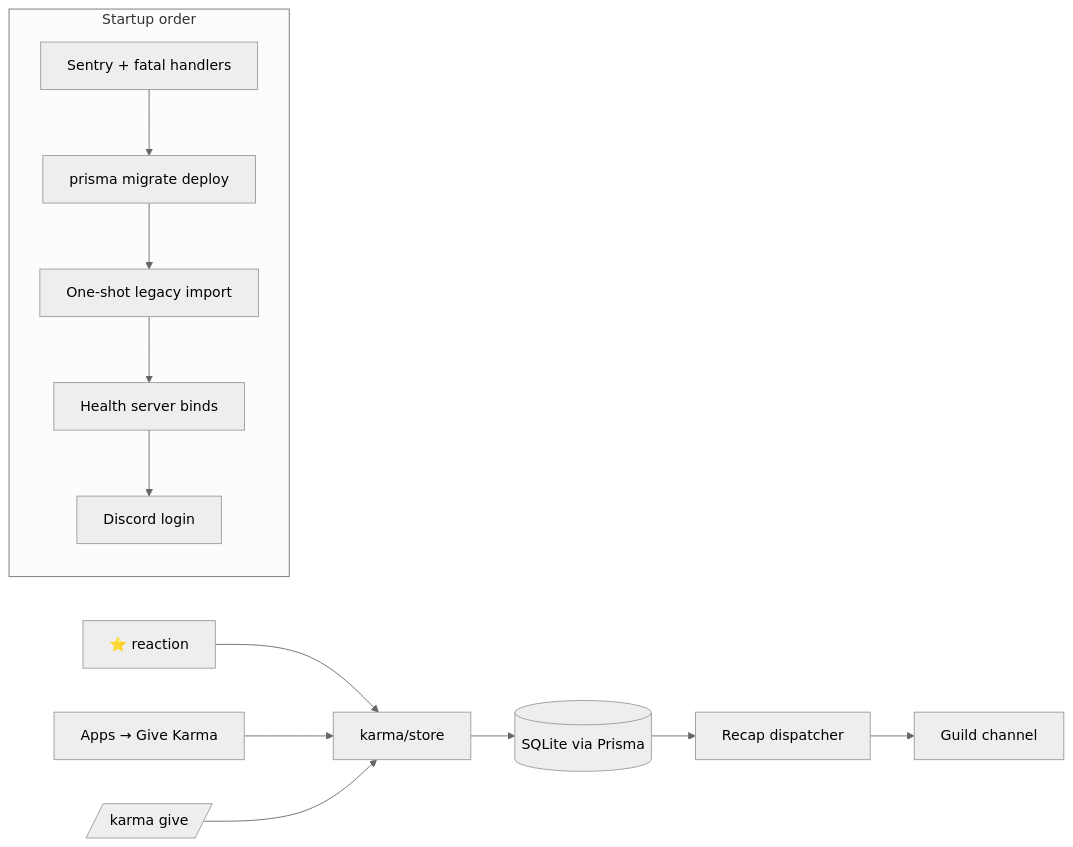
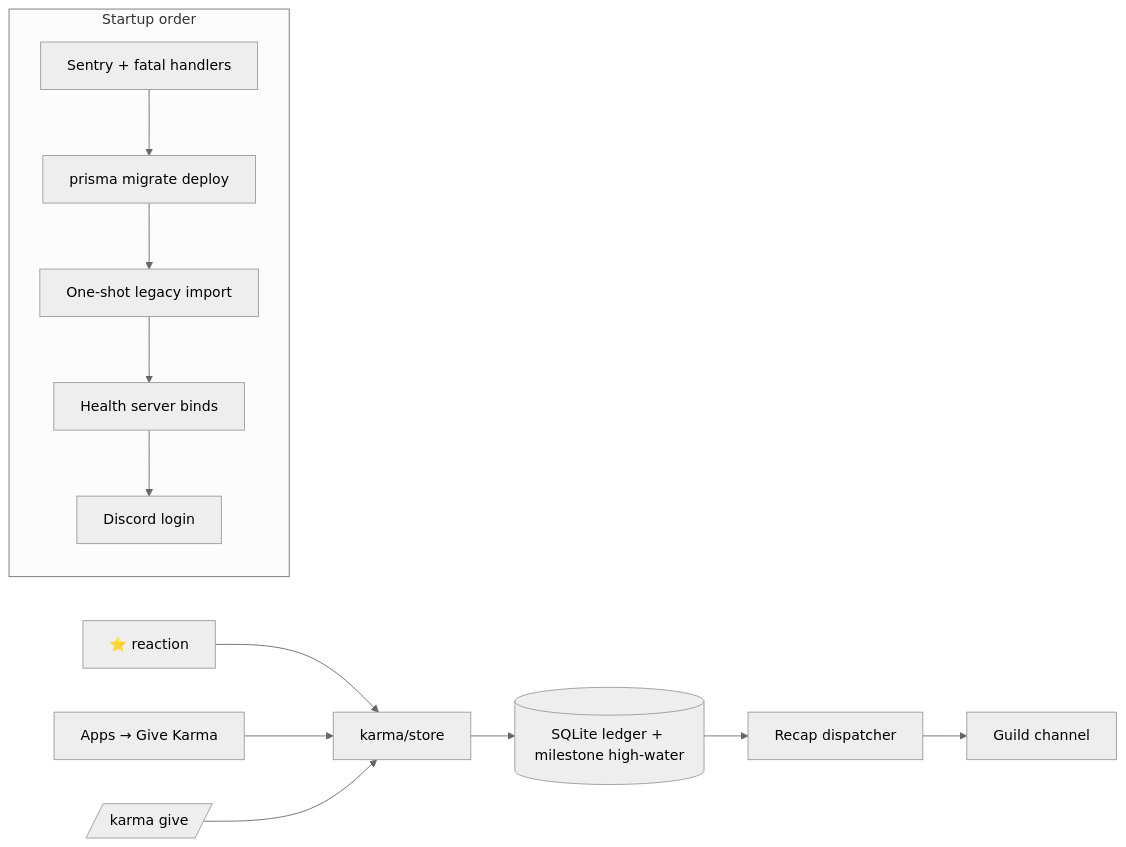
The diagram in packages/docs/wiki/src/content/docs/starlight-karma-bot.md (shepherdjerred/monorepo), drawn with Mermaid (neutral theme) before and after one commit. The commit also changed other lines of this file and 17 other files, not shown here.

````diff
--- a/packages/docs/wiki/src/content/docs/starlight-karma-bot.md
+++ b/packages/docs/wiki/src/content/docs/starlight-karma-bot.md
@@ -10,18 +11,18 @@
 ```mermaid
 flowchart LR
   accTitle: Karma bot startup and giving surfaces
   accDescr: Startup arms Sentry, applies Prisma migrations, imports the legacy database once, binds the health server, then logs in to Discord. Three giving surfaces — a reaction, a message context menu, and a slash command — all write through one store module into SQLite. A polling dispatcher posts a scheduled recap.
 
   subgraph Boot[Startup order]
     S[Sentry + fatal handlers] --> M[prisma migrate deploy]
     M --> I[One-shot legacy import]
     I --> H[Health server binds]
     H --> L[Discord login]
   end
 
   R[⭐ reaction] --> ST[karma/store]
   C[Apps → Give Karma] --> ST
   SC[/karma give/] --> ST
-  ST --> DB[(SQLite via Prisma)]
+  ST --> DB[(SQLite ledger + milestone high-water)]
   DB --> RC[Recap dispatcher] --> CH[Guild channel]
 ```
````
